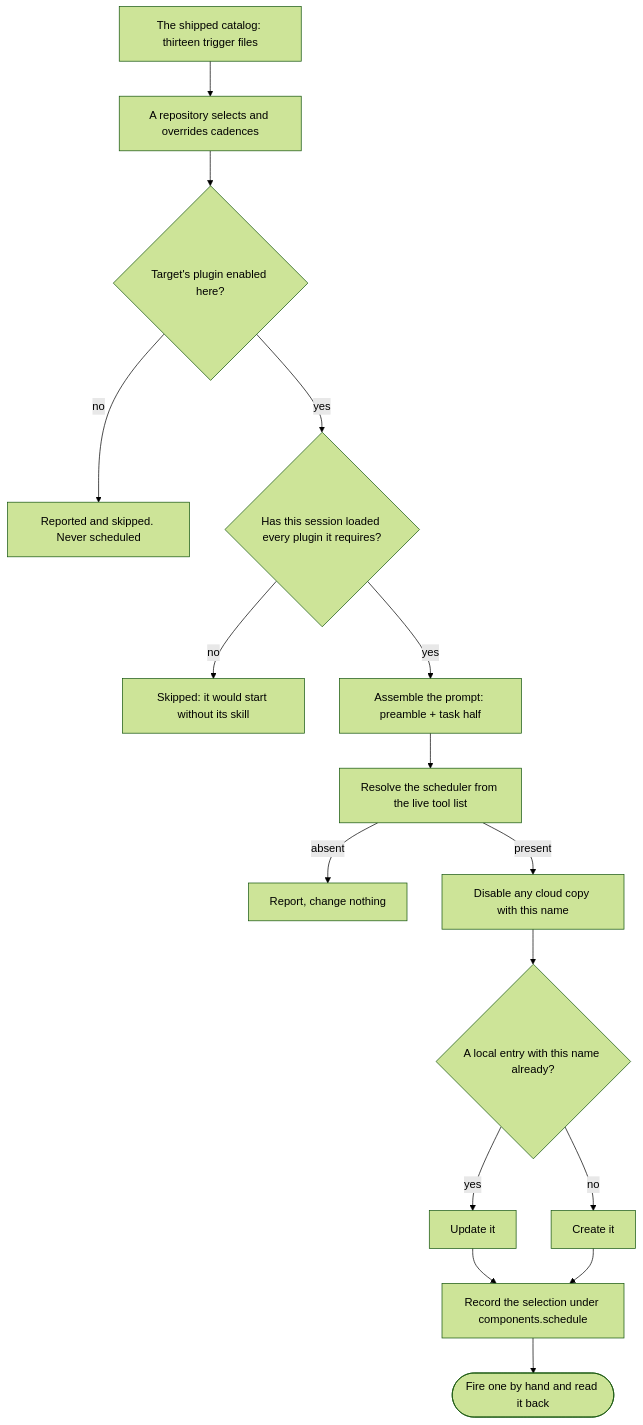
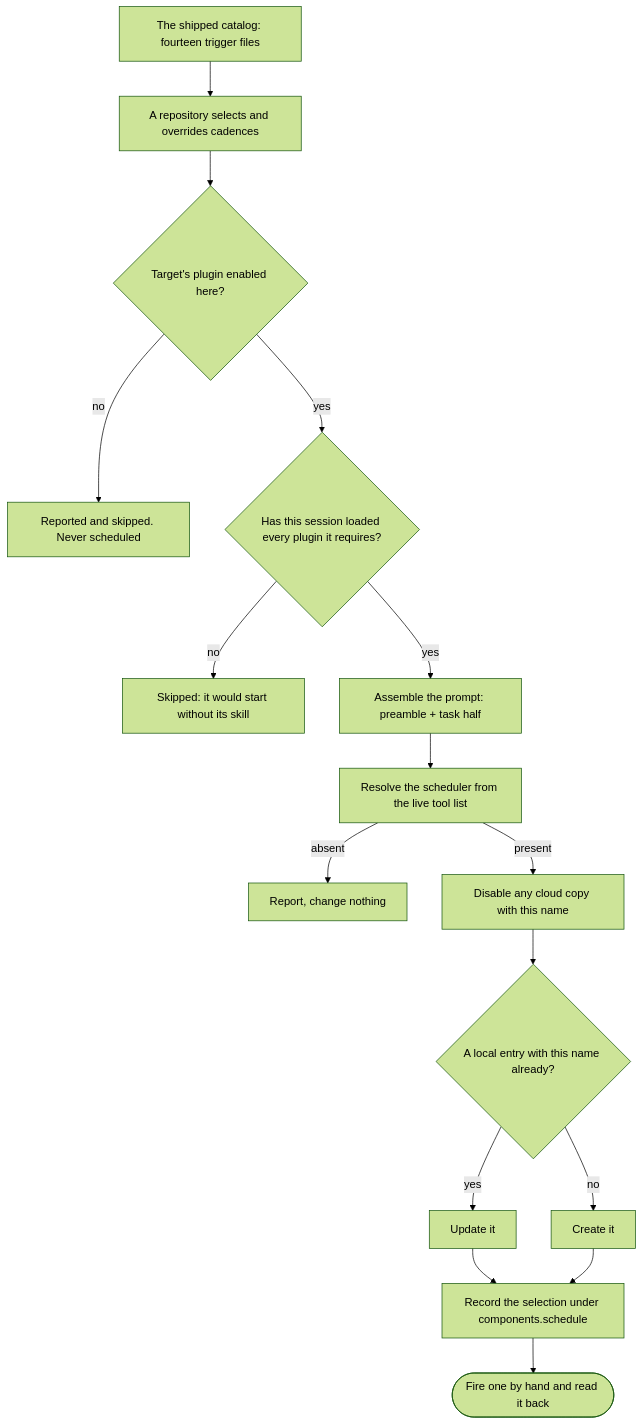
The second of 3 diagrams in .devbook/arc42/building-blocks/delivery-schedule.md (JSdotNet/ai-agent-stack), drawn with Mermaid (forest theme) before and after one commit. The commit also changed other lines of this file and 8 other files, not shown here.

````diff
--- a/.devbook/arc42/building-blocks/delivery-schedule.md
+++ b/.devbook/arc42/building-blocks/delivery-schedule.md
@@ -563,18 +580,18 @@
 ```mermaid
 flowchart TD
-    catalog["The shipped catalog: thirteen trigger files"] --> select["A repository selects and overrides cadences"]
+    catalog["The shipped catalog: fourteen trigger files"] --> select["A repository selects and overrides cadences"]
     select --> enabled{"Target's plugin enabled here?"}
     enabled -->|no| skipped["Reported and skipped. Never scheduled"]
     enabled -->|yes| loaded{"Has this session loaded every plugin it requires?"}
     loaded -->|no| refused["Skipped: it would start without its skill"]
     loaded -->|yes| assemble["Assemble the prompt: preamble + task half"]
     assemble --> resolve["Resolve the scheduler from the live tool list"]
     resolve -->|absent| noop["Report, change nothing"]
     resolve -->|present| retire["Disable any cloud copy with this name"]
     retire --> match{"A local entry with this name already?"}
     match -->|yes| update["Update it"]
     match -->|no| create["Create it"]
     update --> stamp["Record the selection under components.schedule"]
     create --> stamp
     stamp --> prove(["Fire one by hand and read it back"])
 ```
````
